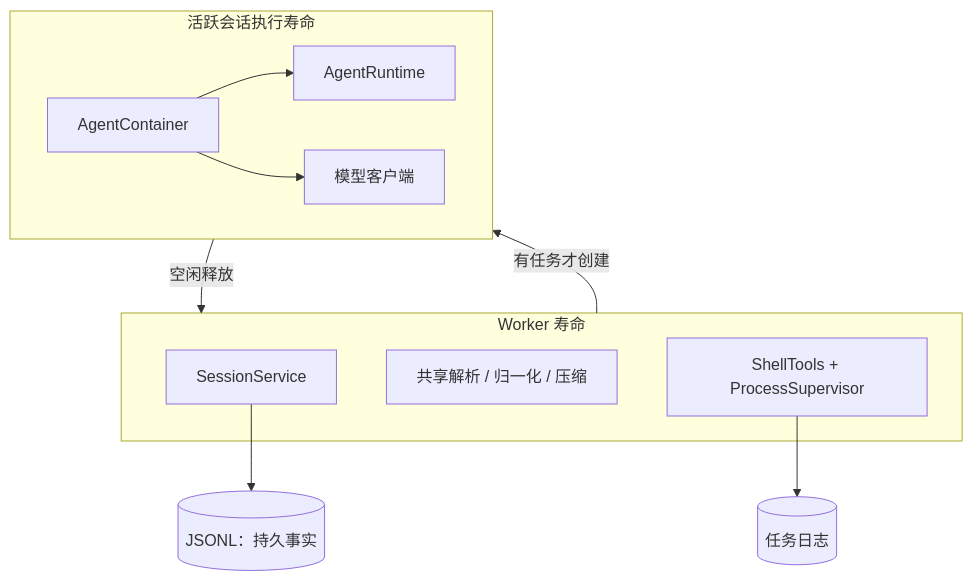
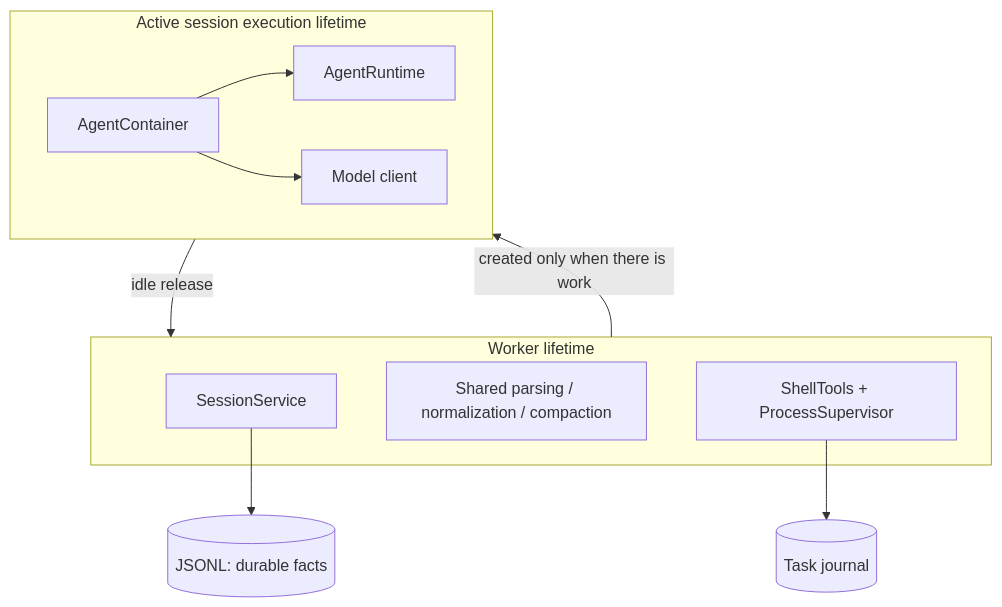
One commit to Azzurroooo/rind changed the diagram in docs/internals/01-runtime/resource-ownership.md. Above: the diagram before and after it, drawn with Mermaid. The commit also changed other lines of this file and 109 other files, not shown here.

```diff
--- a/docs/internals/01-runtime/resource-ownership.md
+++ b/docs/internals/01-runtime/resource-ownership.md
@@ -5,19 +7,19 @@
 ~~~mermaid
 flowchart TB
-    subgraph W["Worker 寿命"]
+    subgraph W["Worker lifetime"]
         SS["SessionService"]
-        SH["共享解析 / 归一化 / 压缩"]
+        SH["Shared parsing / normalization / compaction"]
         SHELL["ShellTools + ProcessSupervisor"]
     end
-    subgraph A["活跃会话执行寿命"]
+    subgraph A["Active session execution lifetime"]
         AC["AgentContainer"]
         RT["AgentRuntime"]
-        MC["模型客户端"]
+        MC["Model client"]
         AC --> RT
         AC --> MC
     end
-    SS --> DISK[("JSONL：持久事实")]
-    SHELL --> JOURNAL[("任务日志")]
-    W -->|"有任务才创建"| A
-    A -->|"空闲释放"| W
+    SS --> DISK[("JSONL: durable facts")]
+    SHELL --> JOURNAL[("Task journal")]
+    W -->|"created only when there is work"| A
+    A -->|"idle release"| W
 ~~~
```
